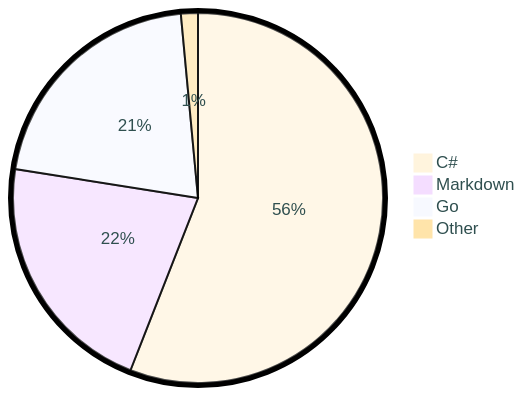
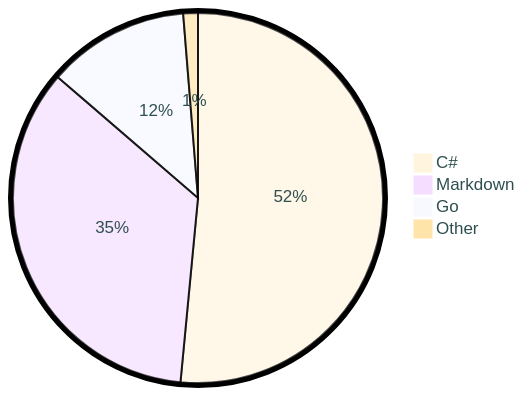
The diagram in README.md (tot0p/tot0p), drawn with Mermaid before and after one commit. The commit also changed other lines of this file, not shown here.

````diff
--- a/README.md
+++ b/README.md
@@ -78,8 +78,8 @@
 ```mermaid
 %%{init: {"pie": {"textPosition": 0.5}, "themeVariables": {"pieOuterStrokeWidth": "5px","primaryTextColor" : "#2F4F4F"},"theme":"base"} }%%
 pie
-	"C#": 55.94
-	"Markdown": 21.55
-	"Go": 21.02
-	"Other": 1.4800000000000002
+	"C#": 51.51
+	"Markdown": 34.81
+	"Go": 12.4
+	"Other": 1.2800000000000002
 ```
````
